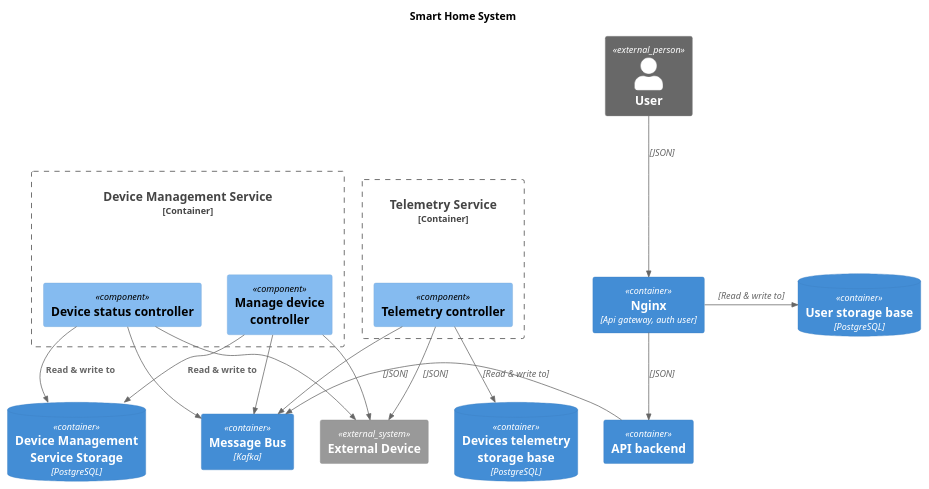
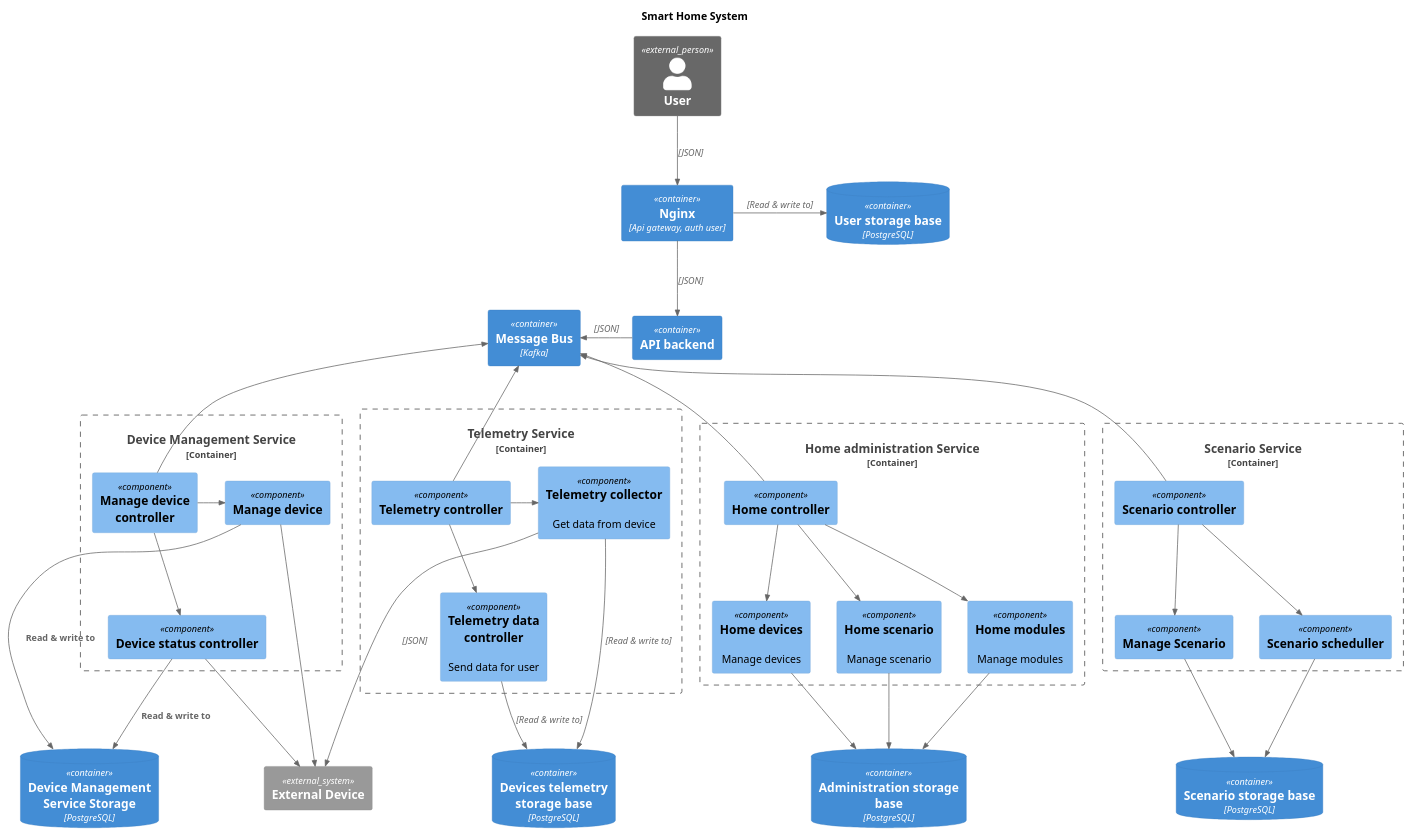
One commit to VisTzz/architecture-sprint-3 changed the diagram in diagrams/components/SmartHome_Components.puml. Above: the diagram before and after it, drawn with PlantUML. The commit also changed 3 other files, not shown here.

```diff
--- a/diagrams/components/SmartHome_Components.puml
+++ b/diagrams/components/SmartHome_Components.puml
@@ -1,44 +1,90 @@
 @startuml
 !include <c4/C4_Component.puml>
 
 title Smart Home System
 
 Person_Ext(customer, User, "")
 System_Ext(api_access, "External Device", "")
 
 Container(message_bus, "Message Bus", "Kafka")
 Container(api_backend, "API backend", "")
 Container(api_gateway, "Nginx", "Api gateway, auth user")
 ContainerDb(db_dms, "Device Management Service Storage", "PostgreSQL", "")
 ContainerDb(db_users, "User storage base", "PostgreSQL", "")
 ContainerDb(db_telemetry, "Devices telemetry storage base", "PostgreSQL", "")
+ContainerDb(db_administration, "Administration storage base", "PostgreSQL", "")
+ContainerDb(db_scenario, "Scenario storage base", "PostgreSQL", "")
 
 Container_Boundary(dms, "Device Management Service") {   
-    Component(device_management, "Manage device controller", "", "")
+
+    Component(device_management_controller, "Manage device controller", "", "")
+    Component(device_management, "Manage device", "", "")
     Component(device_status, "Device status controller", "", "")
+
+
     Rel(device_management, api_access, "", "")
-    Rel(device_management, message_bus, "", "")
+    Rel_U(device_management_controller, message_bus, "", "")
     Rel(device_management, db_dms, "Read & write to", "")
 
     Rel(device_status, api_access, "", "")
-    Rel(device_status, message_bus, "", "")
     Rel(device_status, db_dms, "Read & write to", "")
+
+    Rel_R(device_management_controller, device_management, "", "")
+    Rel_D(device_management_controller, device_status, "", "")
     
 }
 
 Container_Boundary(telemetry, "Telemetry Service") {   
-    Component(device_telemetry, "Telemetry controller", "", "")  
+    
+    Component(device_telemetry_collector, "Telemetry collector", "", "Get data from device") 
+    Component(device_telemetry, "Telemetry controller", "", "")
+    Component(device_telemetry_data, "Telemetry data controller", "", "Send data for user")
   
-    Rel(device_telemetry, "db_telemetry", "", "Read & write to")
-    Rel(device_telemetry, "api_access", "", "JSON")
-    Rel(device_telemetry, message_bus, "", "")
+    Rel(device_telemetry_collector, "db_telemetry", "", "Read & write to")
+    Rel(device_telemetry_data, "db_telemetry", "", "Read & write to")
+    Rel(device_telemetry_collector, "api_access", "", "JSON")
+    Rel_U(device_telemetry, message_bus, "", "")
+
+    Rel_R(device_telemetry, device_telemetry_collector, "", "")
+    Rel_D(device_telemetry, device_telemetry_data, "", "")
+}
+
+Container_Boundary(home_administration, "Home administration Service") {
+   Component(home_administration_controller, "Home controller", "", "")
+   Component(home_administration_modules, "Home modules", "", "Manage modules") 
+   Component(home_administration_devices, "Home devices", "", "Manage devices")
+   Component(home_administration_scenario, "Home scenario", "", "Manage scenario")
+
+   Rel_D(home_administration_controller, home_administration_modules, "", "")
+   Rel_D(home_administration_controller, home_administration_devices, "", "")
+   Rel_D(home_administration_controller, home_administration_scenario, "", "")
+
+   Rel_D(home_administration_modules, db_administration, "", "")
+   Rel_D(home_administration_devices, db_administration, "", "")
+   Rel_D(home_administration_scenario, db_administration, "", "")
+
+   Rel_U(home_administration_controller, message_bus, "", "")
+}
+
+Container_Boundary(scenario, "Scenario Service") {
+   Component(scenario_controller, "Scenario controller", "", "")
+   Component(scenario_manage, "Manage Scenario", "", "")
+   Component(scenario_schedule, "Scenario scheduller", "", "")
+
+   Rel_D(scenario_controller, scenario_manage, "", "")
+   Rel_D(scenario_controller, scenario_schedule, "", "")
+
+   Rel_D(scenario_manage, db_scenario, "", "")
+   Rel_D(scenario_schedule, db_scenario, "", "")
+
+   Rel_U(scenario_controller, message_bus, "", "")
 }
 
 
 
 Rel(customer, api_gateway, "", "JSON")
 Rel_R(api_gateway, db_users, "", "Read & write to")
 Rel(api_gateway, api_backend, "", "JSON")
 Rel_L(api_backend, message_bus, "", "JSON")
 
 @enduml
```
